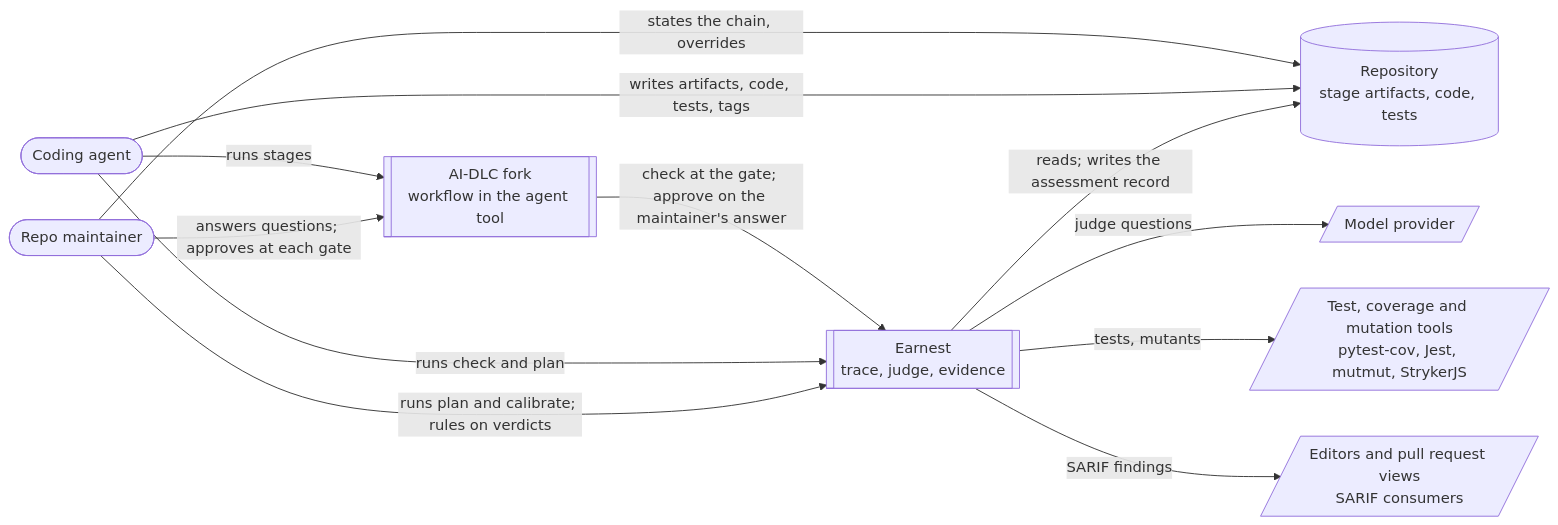
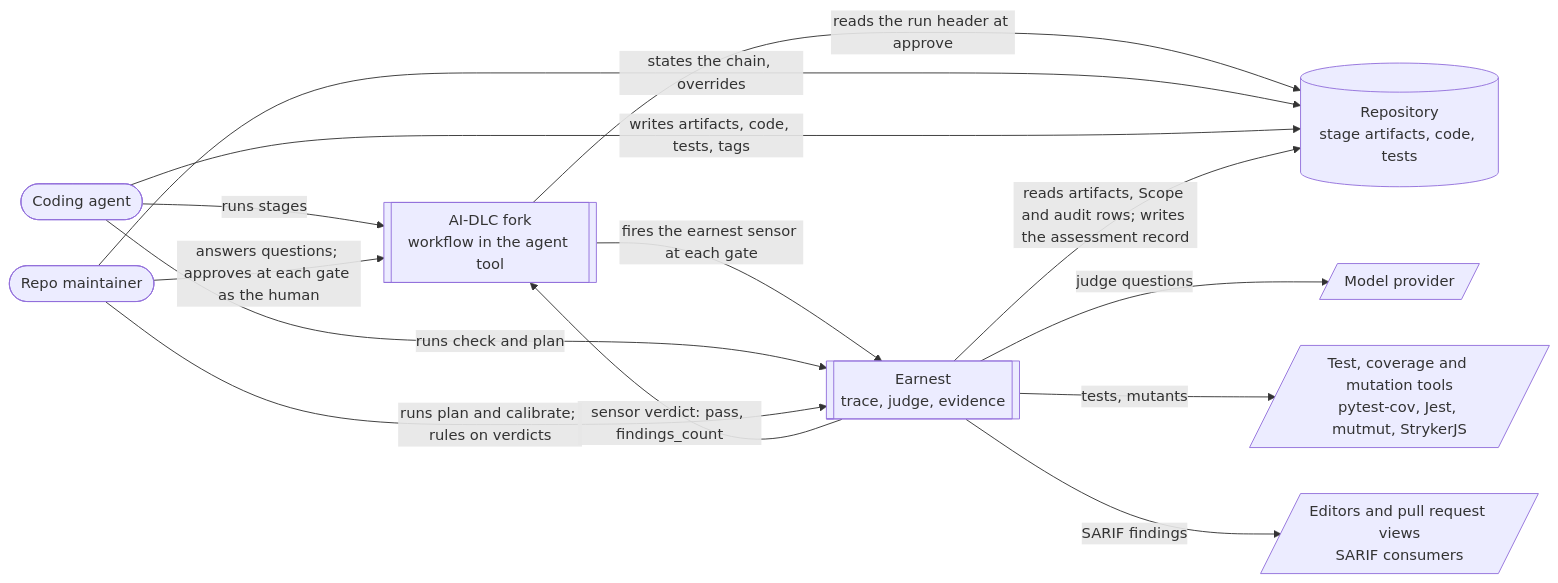
The second of 5 diagrams in docs/design/01-logic-design.md (nullrul/earnest), drawn with Mermaid before and after one commit. The commit also changed other lines of this file and 1 other file, not shown here.

````diff
--- a/docs/design/01-logic-design.md
+++ b/docs/design/01-logic-design.md
@@ -798,23 +929,25 @@
 ```mermaid
 flowchart LR
   agent([Coding agent])
   maint([Repo maintainer])
   aidlc[["AI-DLC fork<br/>workflow in the agent tool"]]
   earnest[["Earnest<br/>trace, judge, evidence"]]
   repo[("Repository<br/>stage artifacts, code, tests")]
   model[/"Model provider"/]
   runner[/"Test, coverage and mutation tools<br/>pytest-cov, Jest, mutmut, StrykerJS"/]
   surfaces[/"Editors and pull request views<br/>SARIF consumers"/]
 
   agent -- "runs stages" --> aidlc
-  maint -- "answers questions; approves at each gate" --> aidlc
-  aidlc -- "check at the gate; approve on the maintainer's answer" --> earnest
+  maint -- "answers questions; approves at each gate as the human" --> aidlc
+  aidlc -- "fires the earnest sensor at each gate" --> earnest
+  earnest -- "sensor verdict: pass, findings_count" --> aidlc
+  aidlc -- "reads the run header at approve" --> repo
   agent -- "runs check and plan" --> earnest
   maint -- "runs plan and calibrate; rules on verdicts" --> earnest
   maint -- "states the chain, overrides" --> repo
   agent -- "writes artifacts, code, tests, tags" --> repo
-  earnest -- "reads; writes the assessment record" --> repo
+  earnest -- "reads artifacts, Scope and audit rows; writes the assessment record" --> repo
   earnest -- "judge questions" --> model
   earnest -- "tests, mutants" --> runner
   earnest -- "SARIF findings" --> surfaces
 ```
````
